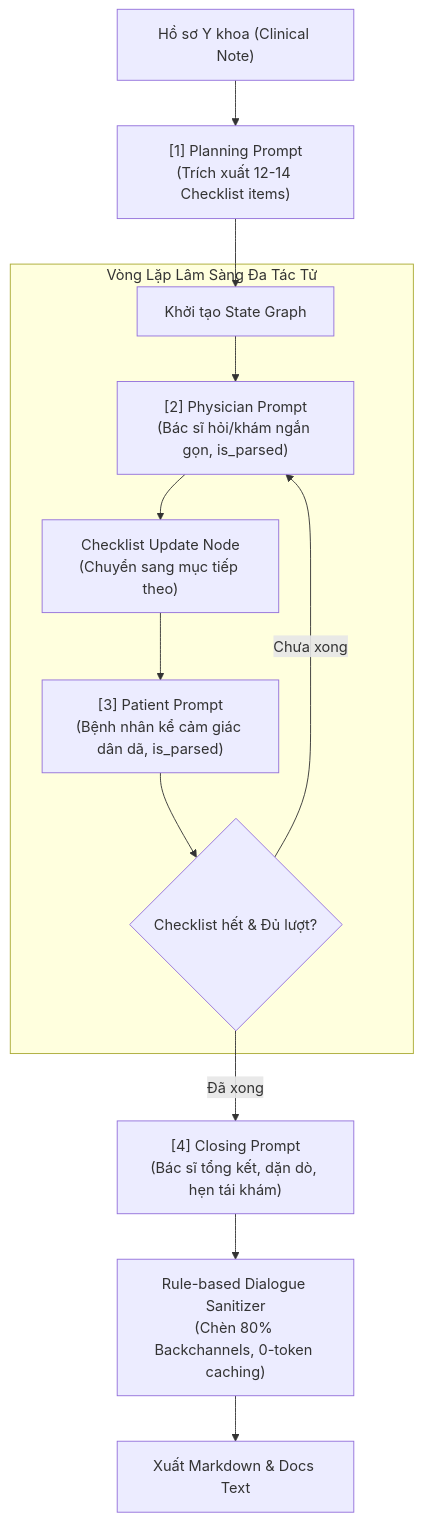
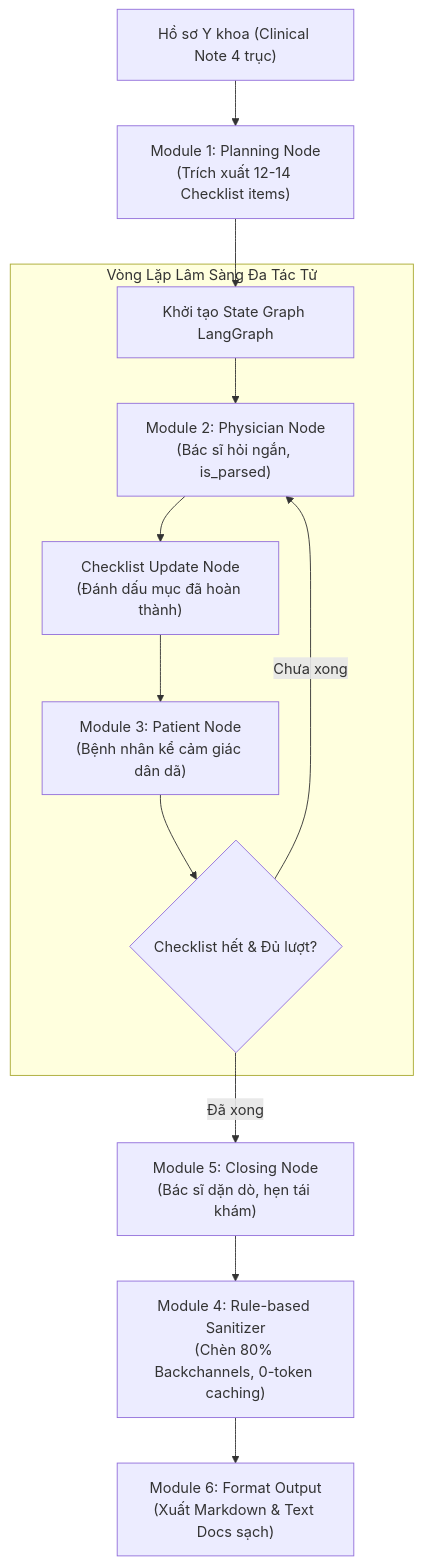
One commit to Nhattran05/vietmed-data-600 changed the diagram in tong_hop_prompts_pipeline.md. Above: the diagram before and after it, drawn with Mermaid. The commit also changed other lines of this file, not shown here.

Commit message:
docs: integrate unified 3-column comparisons into each module in tong_hop_prompts_pipeline.md

````diff
--- a/tong_hop_prompts_pipeline.md
+++ b/tong_hop_prompts_pipeline.md
@@ -25,17 +25,17 @@
 ```mermaid
 flowchart TD
-    KB["Hồ sơ Y khoa (Clinical Note)"] --> P1["[1] Planning Prompt\n(Trích xuất 12-14 Checklist items)"]
-    P1 --> LoopStart["Khởi tạo State Graph"]
+    KB["Hồ sơ Y khoa (Clinical Note 4 trục)"] --> M1["Module 1: Planning Node\n(Trích xuất 12-14 Checklist items)"]
+    M1 --> StateInit["Khởi tạo State Graph LangGraph"]
     
     subgraph MultiAgentLoop ["Vòng Lặp Lâm Sàng Đa Tác Tử"]
-        LoopStart --> P2["[2] Physician Prompt\n(Bác sĩ hỏi/khám ngắn gọn, is_parsed)"]
-        P2 --> P_Check["Checklist Update Node\n(Chuyển sang mục tiếp theo)"]
-        P_Check --> P3["[3] Patient Prompt\n(Bệnh nhân kể cảm giác dân dã, is_parsed)"]
-        P3 --> Cond{"Checklist hết & Đủ lượt?"}
-        Cond -- "Chưa xong" --> P2
+        StateInit --> M2["Module 2: Physician Node\n(Bác sĩ hỏi ngắn, is_parsed)"]
+        M2 --> M_Update["Checklist Update Node\n(Đánh dấu mục đã hoàn thành)"]
+        M_Update --> M3["Module 3: Patient Node\n(Bệnh nhân kể cảm giác dân dã)"]
+        M3 --> CondCheck{"Checklist hết & Đủ lượt?"}
+        CondCheck -- "Chưa xong" --> M2
     end
     
-    Cond -- "Đã xong" --> P4["[4] Closing Prompt\n(Bác sĩ tổng kết, dặn dò, hẹn tái khám)"]
-    P4 --> Sanitize["Rule-based Dialogue Sanitizer\n(Chèn 80% Backchannels, 0-token caching)"]
-    Sanitize --> Out["Xuất Markdown & Docs Text"]
+    CondCheck -- "Đã xong" --> M5["Module 5: Closing Node\n(Bác sĩ dặn dò, hẹn tái khám)"]
+    M5 --> M4["Module 4: Rule-based Sanitizer\n(Chèn 80% Backchannels, 0-token caching)"]
+    M4 --> M6["Module 6: Format Output\n(Xuất Markdown & Text Docs sạch)"]
 ```
````
